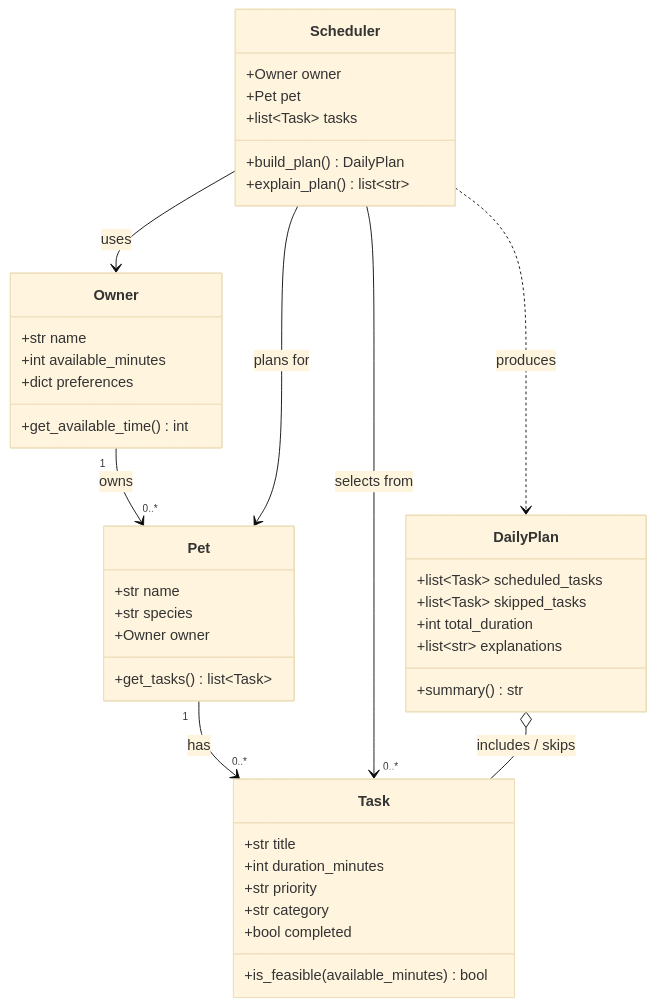
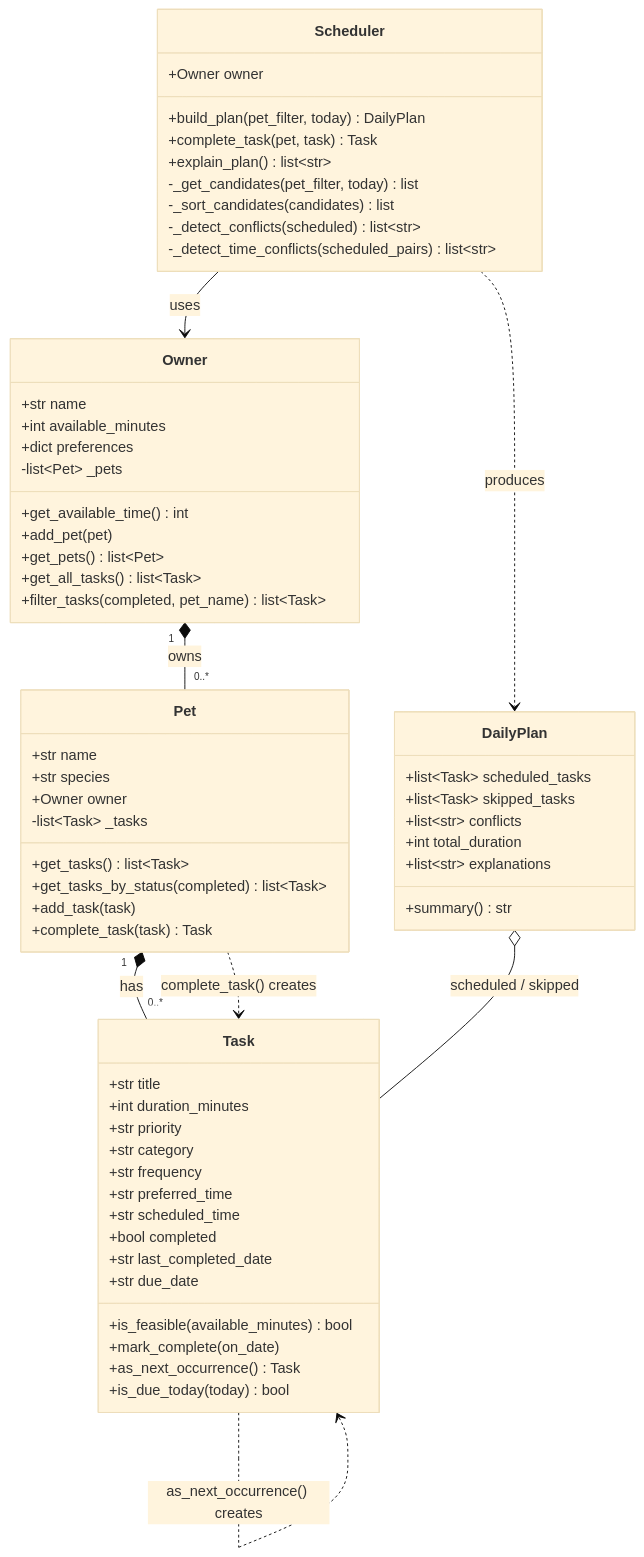
The diagram in uml.mermaid (belanasaikiran/ai110-module2show-pawpal-starter), drawn with Mermaid (base theme) before and after one commit. The commit also changed 7 other files, not shown here.

Commit message:
readme: fix uml, finish readme and reflection

```diff
--- a/uml.mermaid
+++ b/uml.mermaid
@@ -1,47 +1,68 @@
 classDiagram
     class Owner {
         +str name
         +int available_minutes
         +dict preferences
+        -list~Pet~ _pets
         +get_available_time() int
+        +add_pet(pet)
+        +get_pets() list~Pet~
+        +get_all_tasks() list~Task~
+        +filter_tasks(completed, pet_name) list~Task~
     }
 
     class Pet {
         +str name
         +str species
         +Owner owner
+        -list~Task~ _tasks
         +get_tasks() list~Task~
+        +get_tasks_by_status(completed) list~Task~
+        +add_task(task)
+        +complete_task(task) Task
     }
 
     class Task {
         +str title
         +int duration_minutes
         +str priority
         +str category
+        +str frequency
+        +str preferred_time
+        +str scheduled_time
         +bool completed
+        +str last_completed_date
+        +str due_date
         +is_feasible(available_minutes) bool
+        +mark_complete(on_date)
+        +as_next_occurrence() Task
+        +is_due_today(today) bool
     }
 
     class Scheduler {
         +Owner owner
-        +Pet pet
-        +list~Task~ tasks
-        +build_plan() DailyPlan
+        +build_plan(pet_filter, today) DailyPlan
+        +complete_task(pet, task) Task
         +explain_plan() list~str~
+        -_get_candidates(pet_filter, today) list
+        -_sort_candidates(candidates) list
+        -_detect_conflicts(scheduled) list~str~
+        -_detect_time_conflicts(scheduled_pairs) list~str~
     }
 
     class DailyPlan {
         +list~Task~ scheduled_tasks
         +list~Task~ skipped_tasks
+        +list~str~ conflicts
         +int total_duration
         +list~str~ explanations
         +summary() str
     }
 
-    Owner "1" --> "0..*" Pet : owns
-    Pet "1" --> "0..*" Task : has
+    Owner "1" *-- "0..*" Pet : owns
+    Pet "1" *-- "0..*" Task : has
+    Pet ..> Task : complete_task() creates
+    Task ..> Task : as_next_occurrence() creates
     Scheduler --> Owner : uses
-    Scheduler --> Pet : plans for
-    Scheduler --> "0..*" Task : selects from
     Scheduler ..> DailyPlan : produces
-    DailyPlan o-- Task : includes / skips
+    DailyPlan o-- Task : scheduled / skipped
```
